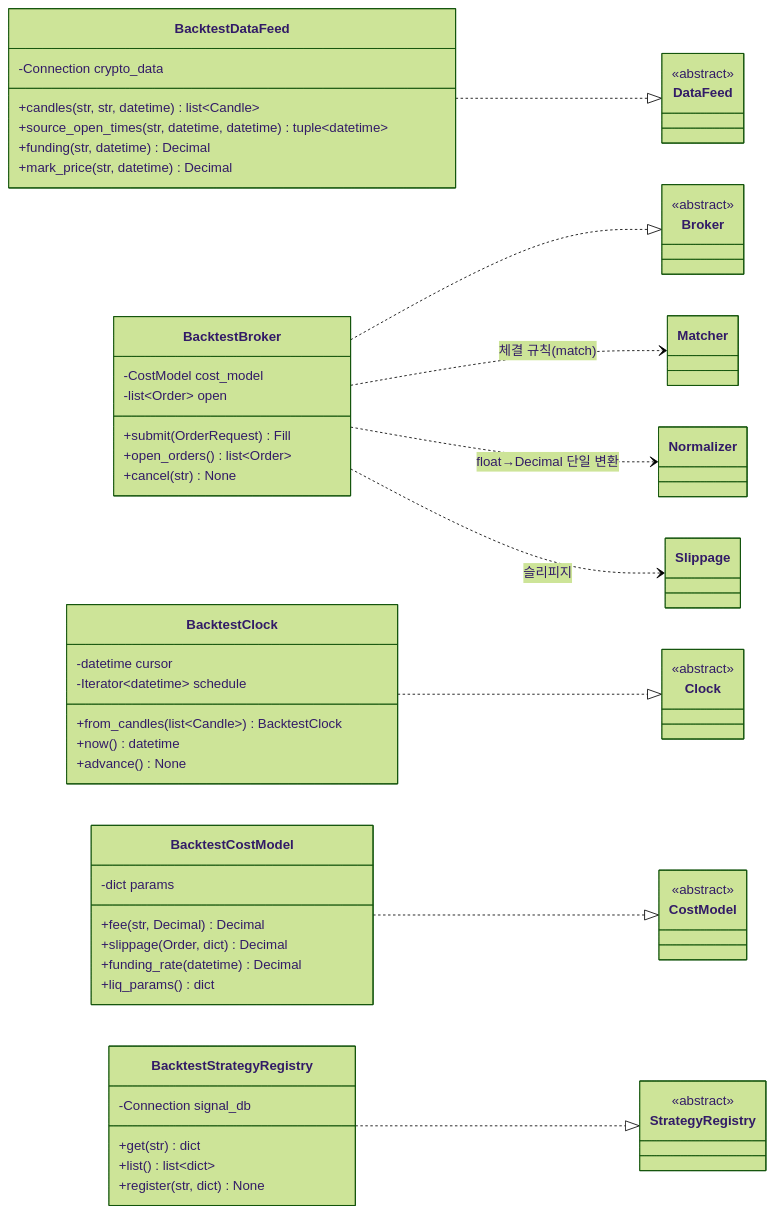
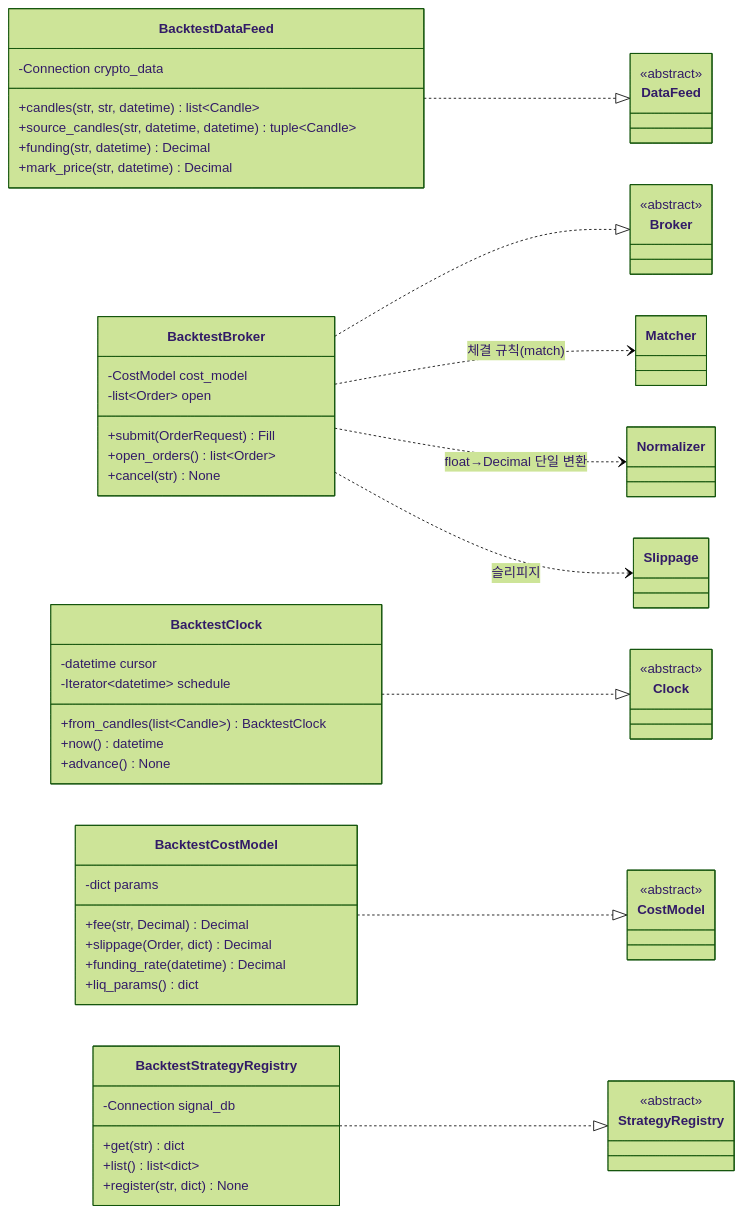
One commit to vessel35/trading-system-v2 changed diagram 21 of 28 in docs/fullspec/backtest_v2_detailed_design.md. Above: the diagram before and after it, drawn with Mermaid (forest theme). The commit also changed other lines of this file and 2 other files, not shown here.

````diff
--- a/docs/fullspec/backtest_v2_detailed_design.md
+++ b/docs/fullspec/backtest_v2_detailed_design.md
@@ -3082,51 +3096,51 @@
 ```mermaid
 classDiagram
     direction LR
     class DataFeed { <<abstract>> }
     class Broker { <<abstract>> }
     class Clock { <<abstract>> }
     class CostModel { <<abstract>> }
     class StrategyRegistry { <<abstract>> }
     class BacktestDataFeed {
         -Connection crypto_data
         +candles(str, str, datetime) list~Candle~
-        +source_open_times(str, datetime, datetime) tuple~datetime~
+        +source_candles(str, datetime, datetime) tuple~Candle~
         +funding(str, datetime) Decimal
         +mark_price(str, datetime) Decimal
     }
     class BacktestBroker {
         -CostModel cost_model
         -list~Order~ open
         +submit(OrderRequest) Fill
         +open_orders() list~Order~
         +cancel(str) None
     }
     class BacktestClock {
         -datetime cursor
         -Iterator~datetime~ schedule
         +from_candles(list~Candle~) BacktestClock
         +now() datetime
         +advance() None
     }
     class BacktestCostModel {
         -dict params
         +fee(str, Decimal) Decimal
         +slippage(Order, dict) Decimal
         +funding_rate(datetime) Decimal
         +liq_params() dict
     }
     class BacktestStrategyRegistry {
         -Connection signal_db
         +get(str) dict
         +list() list~dict~
         +register(str, dict) None
     }
     BacktestDataFeed ..|> DataFeed
     BacktestBroker ..|> Broker
     BacktestClock ..|> Clock
     BacktestCostModel ..|> CostModel
     BacktestStrategyRegistry ..|> StrategyRegistry
     BacktestBroker ..> Matcher : 체결 규칙(match)
     BacktestBroker ..> Normalizer : float→Decimal 단일 변환
     BacktestBroker ..> Slippage : 슬리피지
 ```
````
